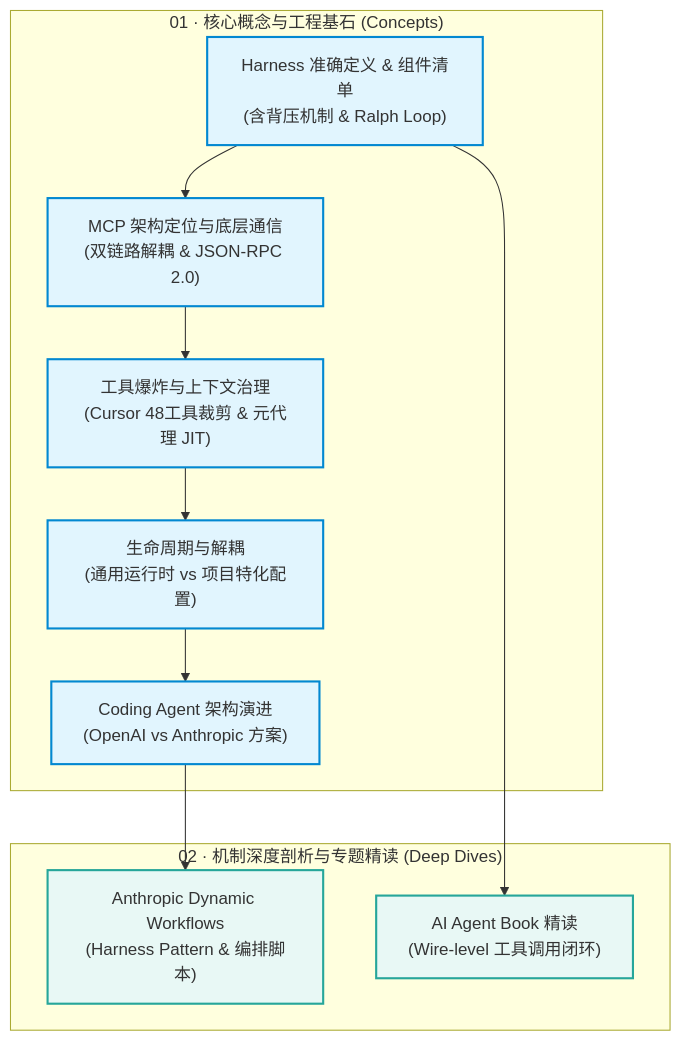
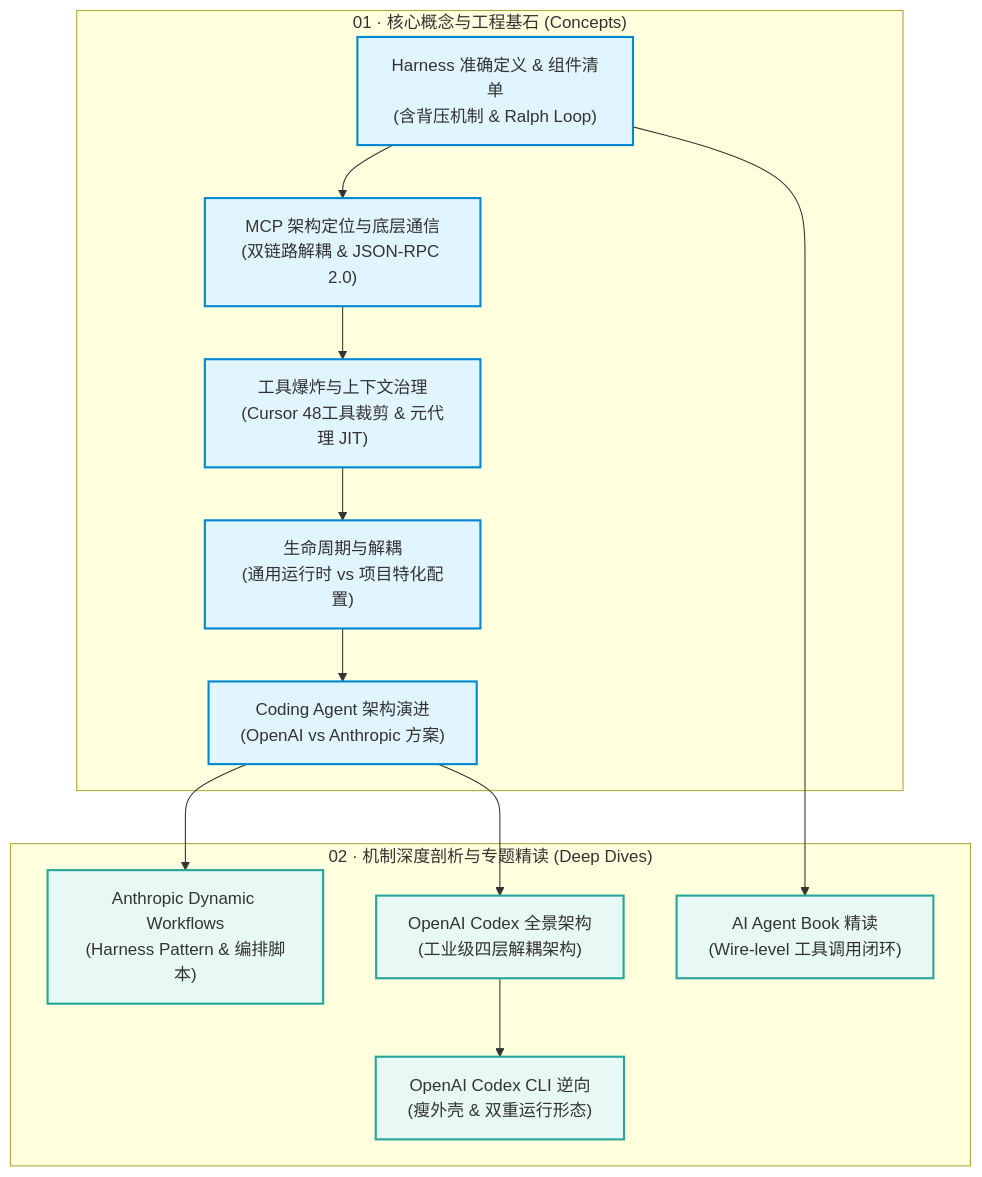
One commit to Yajing-Z/llm-agent-learning changed the diagram in README.md. Above: the diagram before and after it, drawn with Mermaid. The commit also changed other lines of this file and 5 other files, not shown here.

````diff
--- a/README.md
+++ b/README.md
@@ -11,22 +11,26 @@
 ```mermaid
 graph TD
     classDef concept fill:#e1f5fe,stroke:#0288d1,stroke-width:2px;
     classDef practice fill:#e8f8f5,stroke:#26a69a,stroke-width:2px;
 
     subgraph C1["01 · 核心概念与工程基石 (Concepts)"]
         HD["Harness 准确定义 & 组件清单<br/>(含背压机制 & Ralph Loop)"]:::concept
         MCP["MCP 架构定位与底层通信<br/>(双链路解耦 & JSON-RPC 2.0)"]:::concept
         TE["工具爆炸与上下文治理<br/>(Cursor 48工具裁剪 & 元代理 JIT)"]:::concept
         HL["生命周期与解耦<br/>(通用运行时 vs 项目特化配置)"]:::concept
         CA["Coding Agent 架构演进<br/>(OpenAI vs Anthropic 方案)"]:::concept
     end
 
     subgraph C2["02 · 机制深度剖析与专题精读 (Deep Dives)"]
         ADW["Anthropic Dynamic Workflows<br/>(Harness Pattern & 编排脚本)"]:::practice
         BOOK["AI Agent Book 精读<br/>(Wire-level 工具调用闭环)"]:::practice
+        CODEX_ARCH["OpenAI Codex 全景架构<br/>(工业级四层解耦架构)"]:::practice
+        CODEX_CLI["OpenAI Codex CLI 逆向<br/>(瘦外壳 & 双重运行形态)"]:::practice
     end
 
     HD --> MCP --> TE --> HL --> CA
     CA --> ADW
+    CA --> CODEX_ARCH
+    CODEX_ARCH --> CODEX_CLI
     HD --> BOOK
 ```
````
